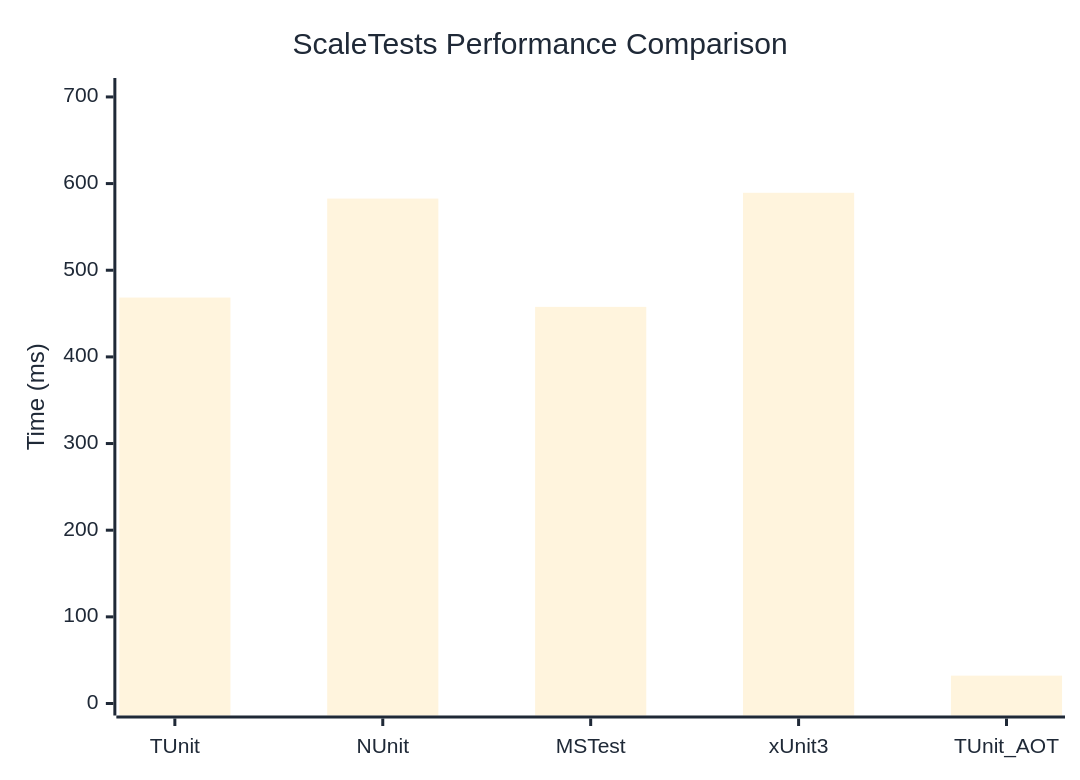
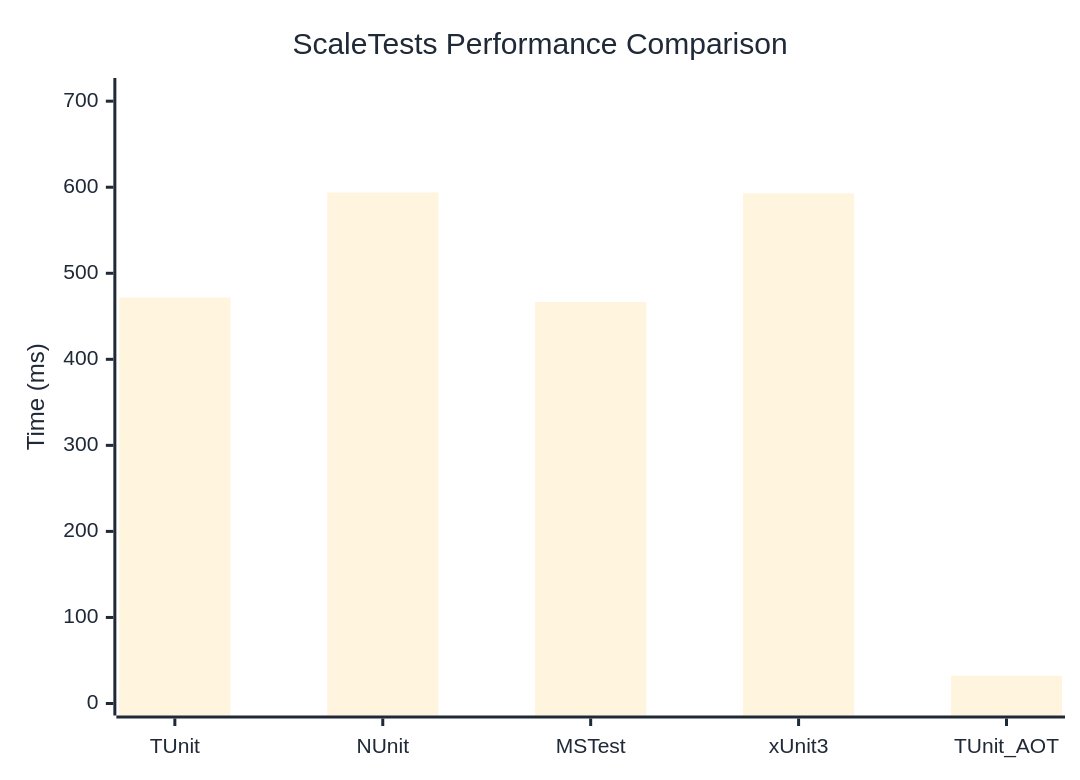
The diagram in docs/docs/benchmarks/ScaleTests.md (thomhurst/TUnit), drawn with Mermaid before and after one commit. The commit also changed other lines of this file and 17 other files, not shown here.

````diff
--- a/docs/docs/benchmarks/ScaleTests.md
+++ b/docs/docs/benchmarks/ScaleTests.md
@@ -27,37 +27,37 @@
 ```mermaid
 %%{init: {
   'theme':'base',
   'themeVariables': {
     'primaryColor': '#2563eb',
     'primaryTextColor': '#1f2937',
     'primaryBorderColor': '#1e40af',
     'lineColor': '#6b7280',
     'secondaryColor': '#7c3aed',
     'tertiaryColor': '#dc2626',
     'background': '#ffffff',
     'mainBkg': '#2563eb',
     'secondBkg': '#7c3aed',
     'tertiaryBkg': '#dc2626',
     'clusterBkg': '#f3f4f6',
     'edgeLabelBackground': '#ffffff',
     'tertiaryTextColor': '#1f2937',
     'pie1': '#2563eb',
     'pie2': '#7c3aed',
     'pie3': '#dc2626',
     'pie4': '#f59e0b',
     'pie5': '#10b981',
     'pie6': '#06b6d4',
     'pie7': '#ec4899',
     'pie8': '#6366f1',
     'pie9': '#84cc16',
     'pie10': '#f97316',
     'pie11': '#14b8a6',
     'pie12': '#a855f7'
   }
 }}%%
 xychart-beta
   title "ScaleTests Performance Comparison"
   x-axis ["TUnit", "NUnit", "MSTest", "xUnit3", "TUnit_AOT"]
-  y-axis "Time (ms)" 0 --> 708
-  bar [468.47, 582.69, 457.72, 589.37, 32.15]
+  y-axis "Time (ms)" 0 --> 713
+  bar [471.79, 593.87, 466.54, 592.95, 32.34]
 ```
````
